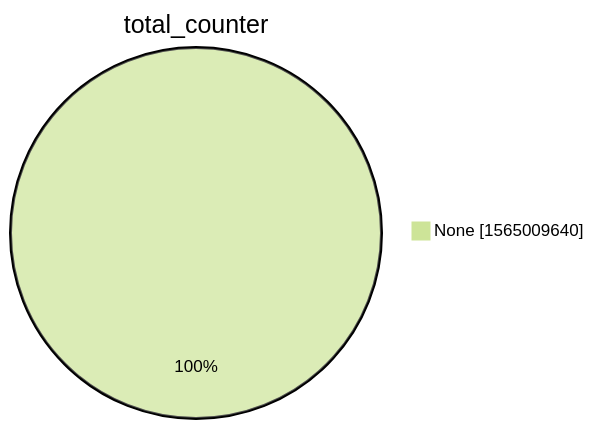
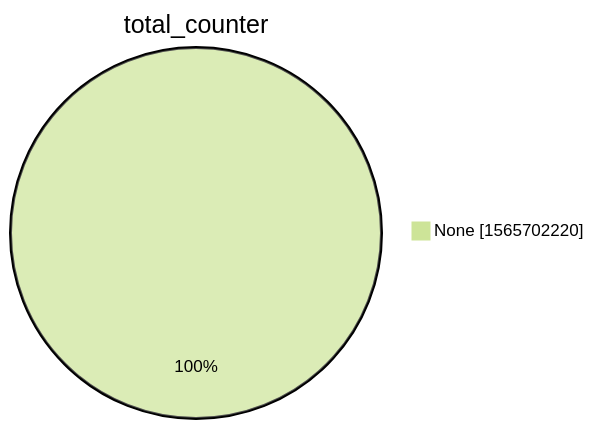
The second of 15 diagrams in xenon2022/README.md (christiankrug/ctmonitor_visualization), drawn with Mermaid (forest theme) before and after one commit. The commit also changed other lines of this file, not shown here.

````diff
--- a/xenon2022/README.md
+++ b/xenon2022/README.md
@@ -9,5 +9,5 @@
 ```mermaid
 pie showData
 title total_counter
-"None" :1565009640
+"None" :1565702220
 ```
````
